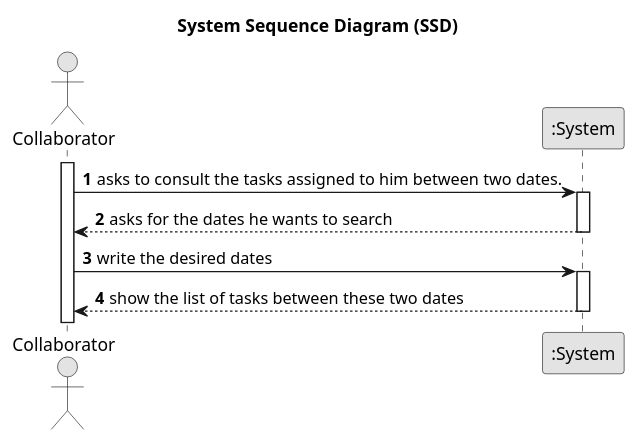
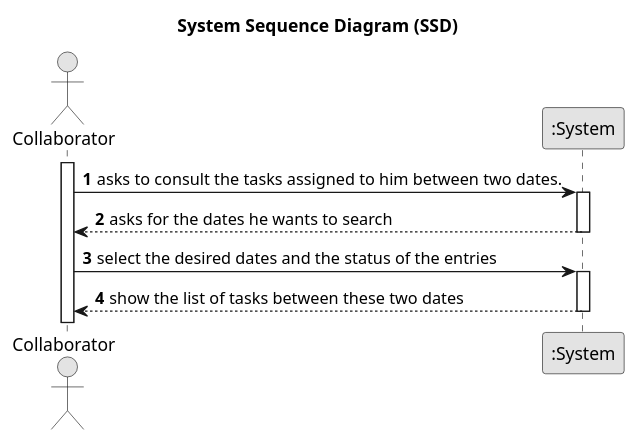
One commit to Departamento-de-Engenharia-Informatica/lei-24-s2-1do-g164 changed the diagram in docs/sprintC/us028/01.requirements-engineering/puml/us028-system-sequence-diagram.puml. Above: the diagram before and after it, drawn with PlantUML. The commit also changed 36 other files, not shown here.

```diff
--- a/docs/sprintC/us028/01.requirements-engineering/puml/us028-system-sequence-diagram.puml
+++ b/docs/sprintC/us028/01.requirements-engineering/puml/us028-system-sequence-diagram.puml
@@ -1,30 +1,30 @@
 @startuml
 skinparam monochrome true
 skinparam packageStyle rectangle
 skinparam shadowing false
 
 title System Sequence Diagram (SSD)
 
 autonumber
 
 actor "Collaborator" as Employee
 participant ":System" as System
 
 activate Employee
 
     Employee -> System : asks to consult the tasks assigned to him between two dates.
 
     activate System
 
         System --> Employee : asks for the dates he wants to search
     deactivate System
-        Employee -> System :write the desired dates
+        Employee -> System :select the desired dates and the status of the entries
 
         activate System
 
             System --> Employee :show the list of tasks between these two dates
         deactivate System
 
 
 
 @enduml
```
